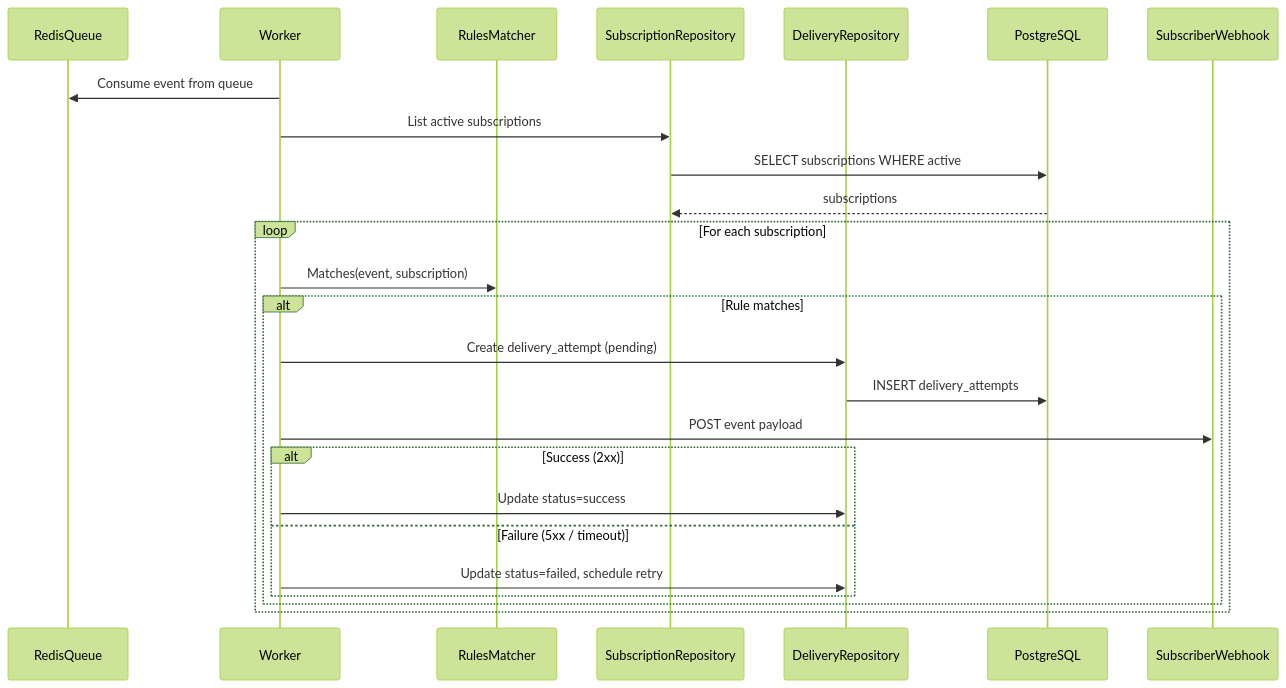
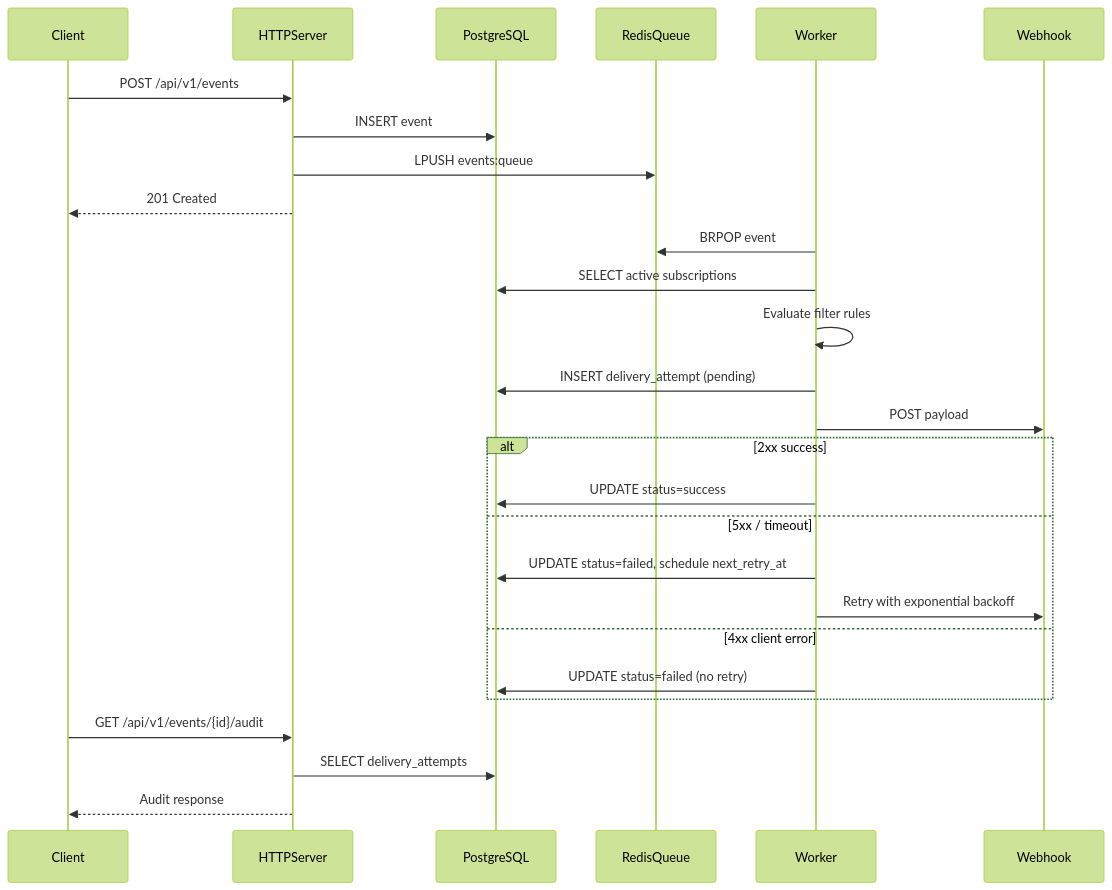
The second of 5 diagrams in docs/architecture.md (shwetaudacious/event-fanout), drawn with Mermaid (forest theme) before and after one commit. The commit also changed other lines of this file and 29 other files, not shown here.

````diff
--- a/docs/architecture.md
+++ b/docs/architecture.md
@@ -143,29 +31,32 @@
 ```mermaid
 sequenceDiagram
+    participant Client
+    participant API as HTTPServer
+    participant DB as PostgreSQL
     participant Redis as RedisQueue
     participant Worker
-    participant Matcher as RulesMatcher
-    participant SubRepo as SubscriptionRepository
-    participant DelRepo as DeliveryRepository
-    participant DB as PostgreSQL
-    participant Webhook as SubscriberWebhook
+    participant Webhook
 
-    Worker->>Redis: Consume event from queue
-    Worker->>SubRepo: List active subscriptions
-    SubRepo->>DB: SELECT subscriptions WHERE active
-    DB-->>SubRepo: subscriptions
+    Client->>API: POST /api/v1/events
+    API->>DB: INSERT event
+    API->>Redis: LPUSH events:queue
+    API-->>Client: 201 Created
 
-    loop For each subscription
-        Worker->>Matcher: Matches(event, subscription)
-        alt Rule matches
-            Worker->>DelRepo: Create delivery_attempt (pending)
-            DelRepo->>DB: INSERT delivery_attempts
-            Worker->>Webhook: POST event payload
-            alt Success (2xx)
-                Worker->>DelRepo: Update status=success
-            else Failure (5xx / timeout)
-                Worker->>DelRepo: Update status=failed, schedule retry
-            end
-        end
+    Worker->>Redis: BRPOP event
+    Worker->>DB: SELECT active subscriptions
+    Worker->>Worker: Evaluate filter rules
+    Worker->>DB: INSERT delivery_attempt (pending)
+    Worker->>Webhook: POST payload
+    alt 2xx success
+        Worker->>DB: UPDATE status=success
+    else 5xx / timeout
+        Worker->>DB: UPDATE status=failed, schedule next_retry_at
+        Worker->>Webhook: Retry with exponential backoff
+    else 4xx client error
+        Worker->>DB: UPDATE status=failed (no retry)
     end
+
+    Client->>API: GET /api/v1/events/{id}/audit
+    API->>DB: SELECT delivery_attempts
+    API-->>Client: Audit response
 ```
````
